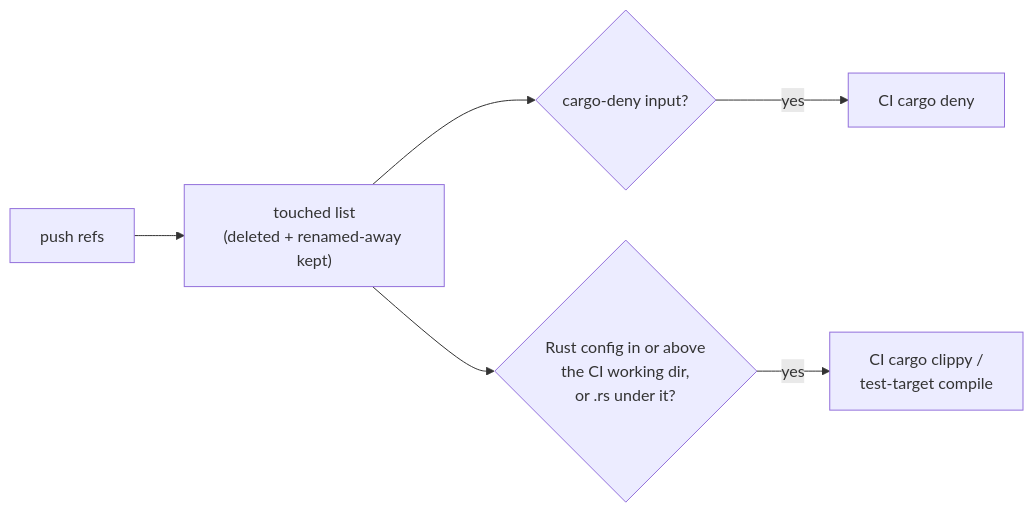
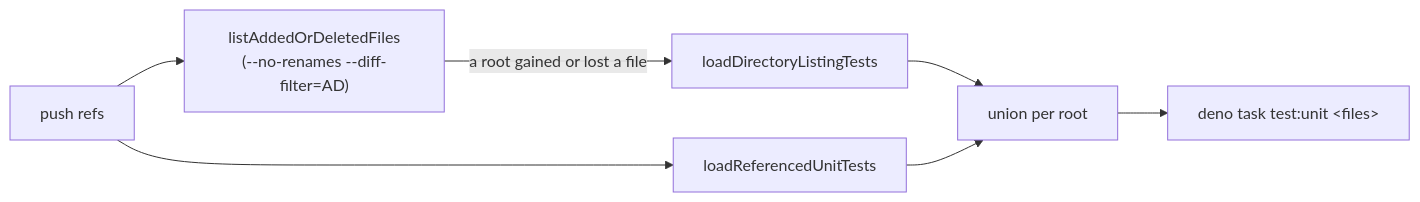
Before and after one commit to stSoftwareAU/VibeCoder: the diagram in docs/archive/pr-summaries/pr-summary-5169.md, drawn with Mermaid. The commit also changed other lines of this file, not shown here.

First line of the commit message:
Write the PR summary for the directory-listing test selection (Issue #5169)

````diff
--- a/docs/archive/pr-summaries/pr-summary-5169.md
+++ b/docs/archive/pr-summaries/pr-summary-5169.md
@@ -61,8 +62,9 @@
 ```mermaid
 flowchart LR
-    P[push refs] --> T["touched list<br/>(deleted + renamed-away kept)"]
-    T --> D{cargo-deny input?}
-    D -- yes --> CD[CI cargo deny]
-    T --> R{Rust config in or above<br/>the CI working dir,<br/>or .rs under it?}
-    R -- yes --> C[CI cargo clippy /<br/>test-target compile]
+    P[push refs] --> AD["listAddedOrDeletedFiles<br/>(--no-renames --diff-filter=AD)"]
+    AD -->|a root gained or lost a file| L[loadDirectoryListingTests]
+    P --> R[loadReferencedUnitTests]
+    L --> M[union per root]
+    R --> M
+    M --> T["deno task test:unit &lt;files&gt;"]
 ```
````
